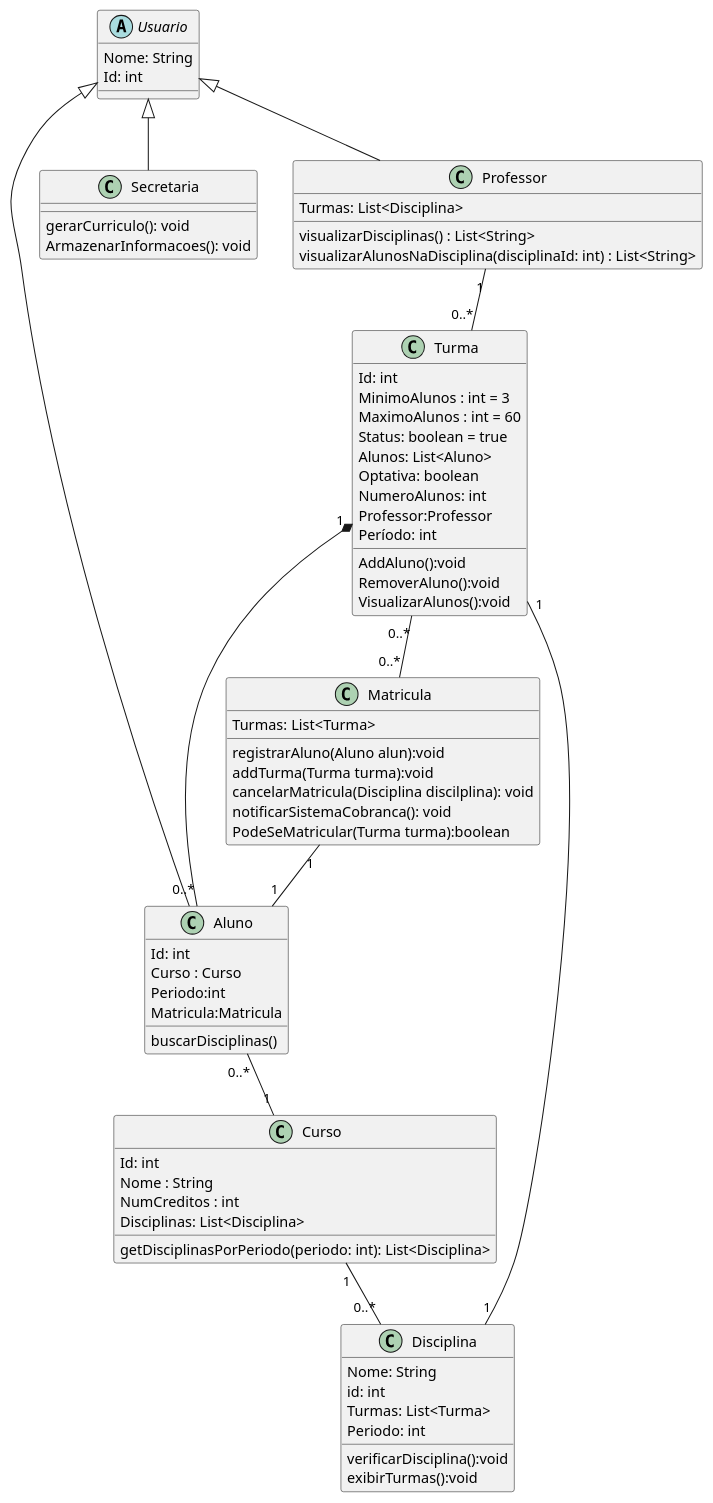
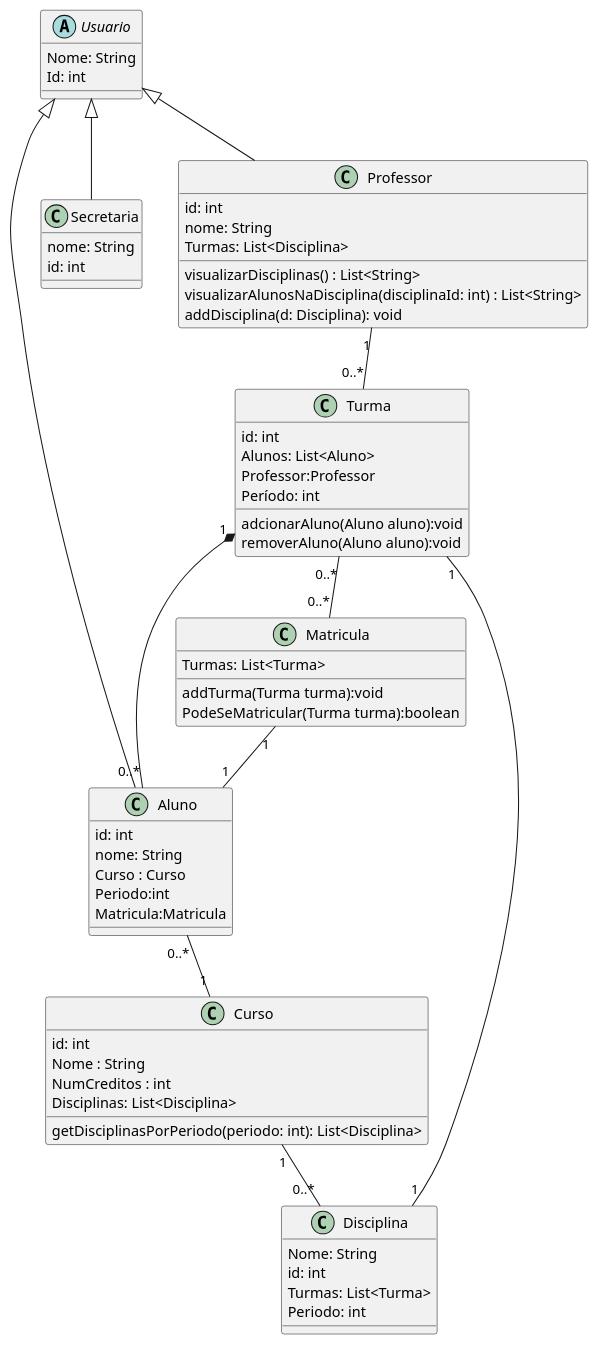
The diagram in project/code/DiagramaClasse.puml (pedrofr1313/Laboratorio-Projeto-de-Software), drawn with PlantUML before and after one commit. The commit also changed 14 other files, not shown here.

```diff
--- a/project/code/DiagramaClasse.puml
+++ b/project/code/DiagramaClasse.puml
@@ -1,83 +1,72 @@
 @startuml
 class  Curso{
-     Id: int
-     Nome : String
-     NumCreditos : int
-     Disciplinas: List<Disciplina>
-     getDisciplinasPorPeriodo(periodo: int): List<Disciplina>
+    id: int
+    Nome : String
+    NumCreditos : int
+    Disciplinas: List<Disciplina>
+    getDisciplinasPorPeriodo(periodo: int): List<Disciplina>
 }
 class  Aluno{
- Id: int
- Curso : Curso
- Periodo:int 
- Matricula:Matricula
- buscarDisciplinas()  
+    id: int
+    nome: String
+    Curso : Curso
+    Periodo:int 
+    Matricula:Matricula
 
 }
 class  Turma{
-    Id: int
-    MinimoAlunos : int = 3
-    MaximoAlunos : int = 60
-    Status: boolean = true
+    id: int
     Alunos: List<Aluno>
-    Optativa: boolean
-    NumeroAlunos: int
-    AddAluno():void
-    RemoverAluno():void
     Professor:Professor
+    adcionarAluno(Aluno aluno):void
+    removerAluno(Aluno aluno):void
     Período: int
-    VisualizarAlunos():void
 
 }
 class  Secretaria
-{
-    
-    gerarCurriculo(): void
-    ArmazenarInformacoes(): void
-    
+{  
+     nome: String
+     id: int
 }
 class  Professor
-{
+{  
+      id: int
+    nome: String
     Turmas: List<Disciplina>
     visualizarDisciplinas() : List<String>
     visualizarAlunosNaDisciplina(disciplinaId: int) : List<String>
+    addDisciplina(d: Disciplina): void
     
 
 }
 class  Disciplina{
     Nome: String
     id: int
     Turmas: List<Turma>
     Periodo: int
-    
-    verificarDisciplina():void
-    exibirTurmas():void
 }
 class Matricula{
     
     Turmas: List<Turma>
-    registrarAluno(Aluno alun):void
     addTurma(Turma turma):void
-    cancelarMatricula(Disciplina discilplina): void
-    notificarSistemaCobranca(): void
     PodeSeMatricular(Turma turma):boolean
     
 }
 
 abstract class Usuario{
     Nome: String
     Id: int
 }
 
 Turma "1" -- "1"Disciplina
 Professor "1"-- "0..*" Turma
 Matricula "1" -- "1" Aluno
 Turma "1" *-- "0..*"Aluno
 Curso "1"-- "0..*"Disciplina
 Usuario <|-- Aluno
 Usuario <|-- Professor
 Usuario <|-- Secretaria
 Turma "0..*" -- "0..*"Matricula
 Aluno "0..*"--"1"Curso
 
 @enduml
```
